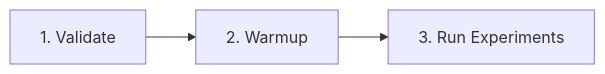
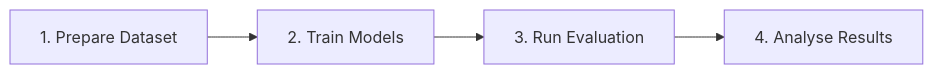
Before and after one commit to omorros/SnapShelf: the sixth of 6 diagrams in research/02-pipeline-comparison/README.md, drawn with Mermaid. The commit also changed other lines of this file, not shown here.

````diff
--- a/research/02-pipeline-comparison/README.md
+++ b/research/02-pipeline-comparison/README.md
@@ -244,4 +267,6 @@
 ```mermaid
 flowchart LR
-    A[1. Validate] --> B[2. Warmup] --> C[3. Run Experiments]
+    A[1. Prepare Dataset] --> B[2. Train Models]
+    B --> C[3. Run Evaluation]
+    C --> D[4. Analyse Results]
 ```
````
